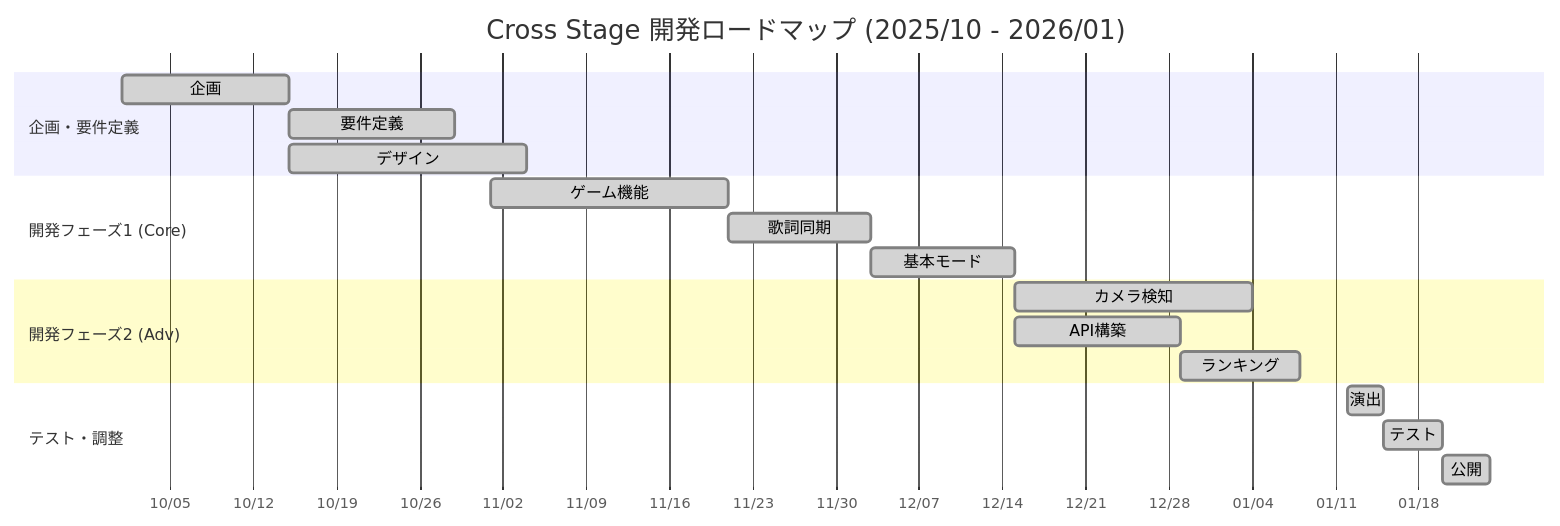
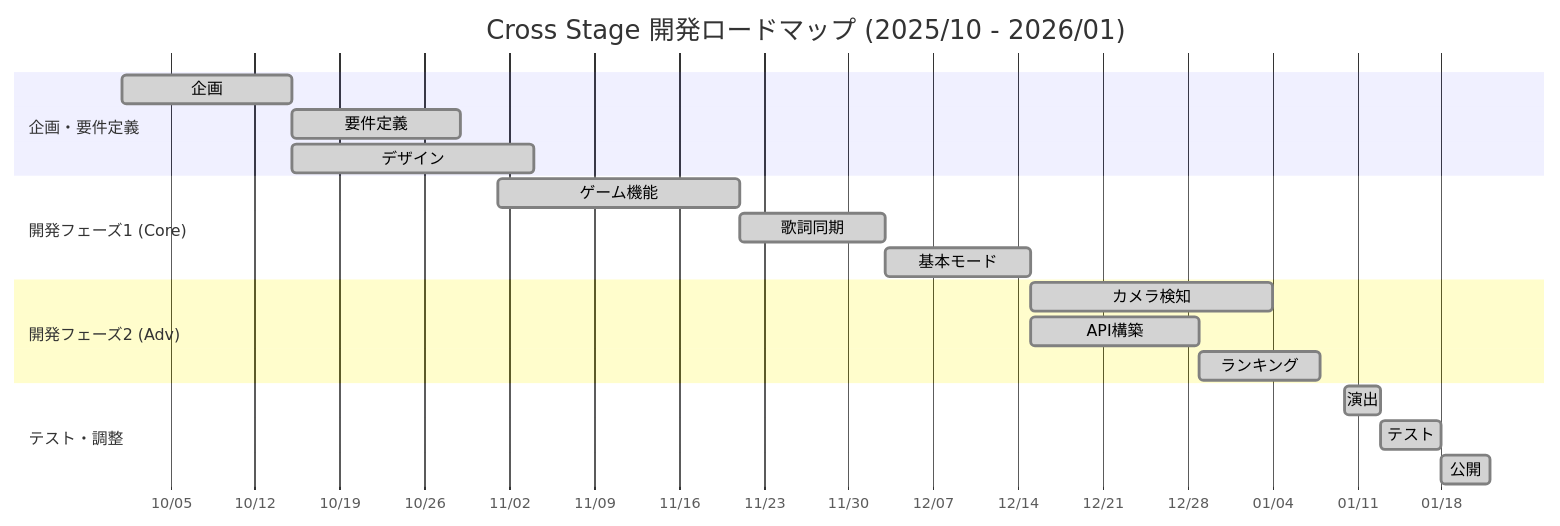
Before and after one commit to syusyusyusyu/star: the sixth of 9 diagrams in README.md, drawn with Mermaid.

Commit message:
fix: 演出のスケジュールを2026-01-12から2026-01-10に変更

````diff
--- a/README.md
+++ b/README.md
@@ -193,26 +193,26 @@
 ```mermaid
 gantt
     title Cross Stage 開発ロードマップ (2025/10 - 2026/01)
     dateFormat  YYYY-MM-DD
     axisFormat %m/%d
     
     section 企画・要件定義
     企画               :done, a1, 2025-10-01, 14d
     要件定義           :done, a2, after a1, 14d
     デザイン           :done, a3, after a1, 20d
     
     section 開発フェーズ1 (Core)
     ゲーム機能       :done, b1, 2025-11-01, 20d
     歌詞同期           :done, b2, after b1, 12d
     基本モード         :done, b3, after b2, 12d
     
     section 開発フェーズ2 (Adv)
     カメラ検知         :done, c1, after b3, 20d
     API構築            :done, c2, after b3, 14d
     ランキング         :done, c3, after c2, 10d
     
     section テスト・調整
-    演出               :done, d1, 2026-01-12, 3d
+    演出               :done, d1, 2026-01-10, 3d
     テスト             :done, d2, after d1, 5d
     公開               :done, d3, after d2, 4d
 ```
````
